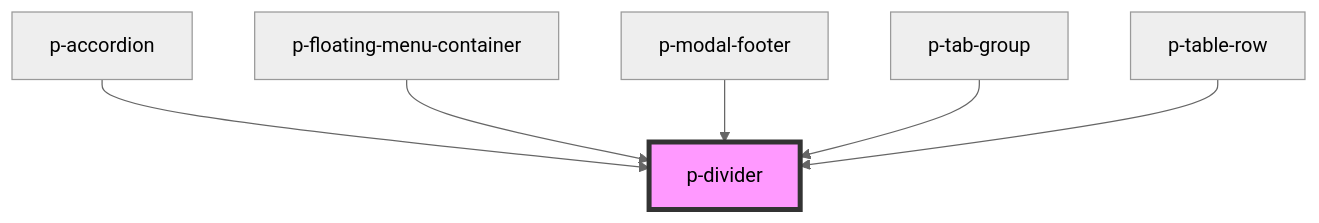
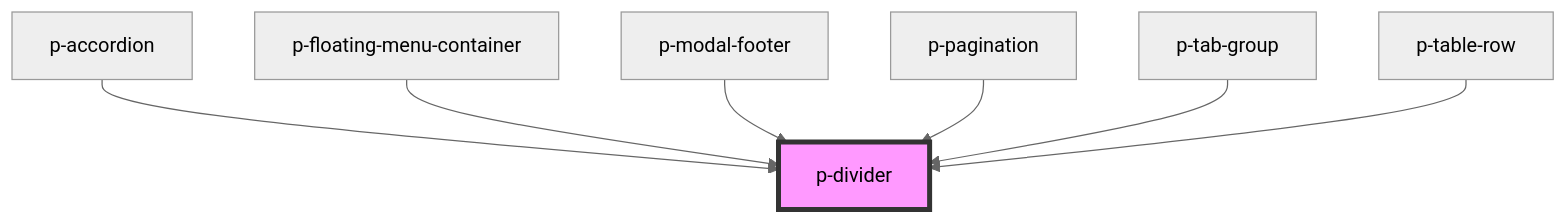
Before and after one commit to Employes/Paperless: the diagram in packages/core/src/components/atoms/divider/readme.md, drawn with Mermaid (neutral theme). The commit also changed other lines of this file and 49 other files, not shown here.

````diff
--- a/packages/core/src/components/atoms/divider/readme.md
+++ b/packages/core/src/components/atoms/divider/readme.md
@@ -34,9 +35,10 @@
 ```mermaid
 graph TD;
   p-accordion --> p-divider
   p-floating-menu-container --> p-divider
   p-modal-footer --> p-divider
+  p-pagination --> p-divider
   p-tab-group --> p-divider
   p-table-row --> p-divider
   style p-divider fill:#f9f,stroke:#333,stroke-width:4px
 ```
````
